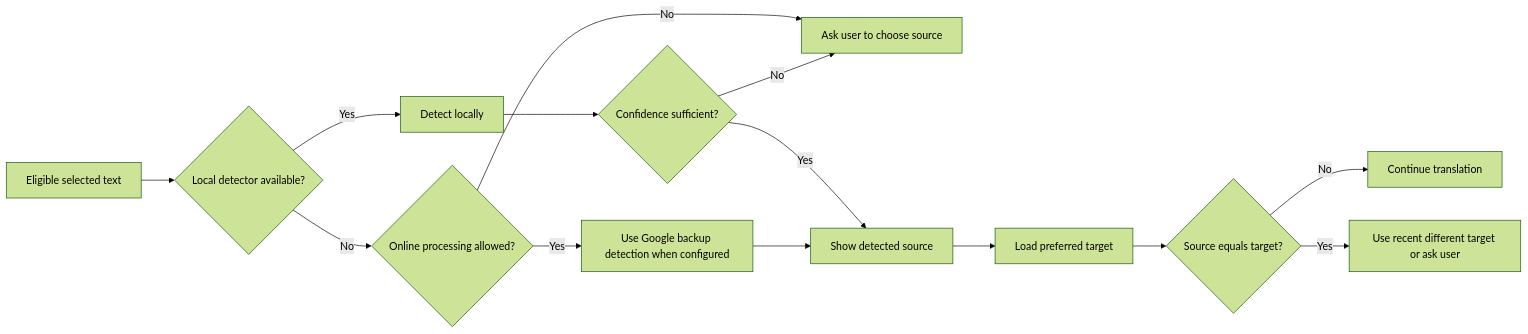
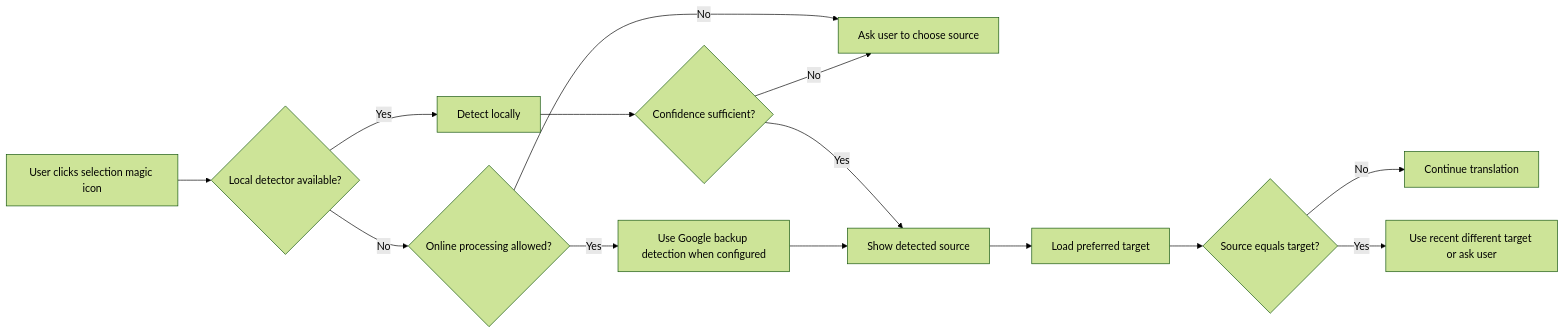
One commit to budhathoki10/LingoBridge changed the fourth of 10 diagrams in docs/12-user-and-system-flows.md. Above: the diagram before and after it, drawn with Mermaid (forest theme). The commit also changed other lines of this file and 42 other files, not shown here.

First line of the commit message:
feat: focus the popup on Selection Magic and harden panel lifecycle

````diff
--- a/docs/12-user-and-system-flows.md
+++ b/docs/12-user-and-system-flows.md
@@ -100,16 +104,16 @@
 ```mermaid
 flowchart LR
-    A[Eligible selected text] --> B{Local detector available?}
+    A[User clicks selection magic icon] --> B{Local detector available?}
     B -- Yes --> C[Detect locally]
     B -- No --> D{Online processing allowed?}
     D -- Yes --> E[Use Google backup detection when configured]
     D -- No --> F[Ask user to choose source]
     C --> G{Confidence sufficient?}
     G -- No --> F
     G -- Yes --> H[Show detected source]
     E --> H
     H --> I[Load preferred target]
     I --> J{Source equals target?}
     J -- No --> K[Continue translation]
     J -- Yes --> L[Use recent different target or ask user]
 ```
````
